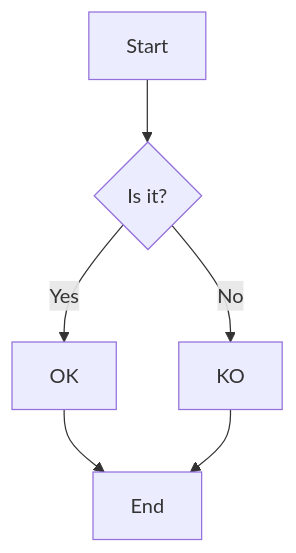
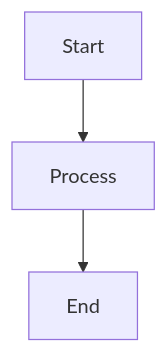
The first of 2 diagrams in slides/keynote.md (pablonete/agentcamp-2026-keynote), drawn with Mermaid before and after one commit. The commit also changed other lines of this file and 6 other files, not shown here.

`````diff
--- a/slides/keynote.md
+++ b/slides/keynote.md
@@ -60,8 +171,5 @@
-````mermaid
+```mermaid
 graph TD
-	A[Start] --> B{Is it?};
-	B -- Yes --> C[OK];
-	B -- No --> D[KO];
-	C --> E[End];
-	D --> E;
-````
+    A[Start] --> B[Process]
+    B --> C[End]
+```
`````
